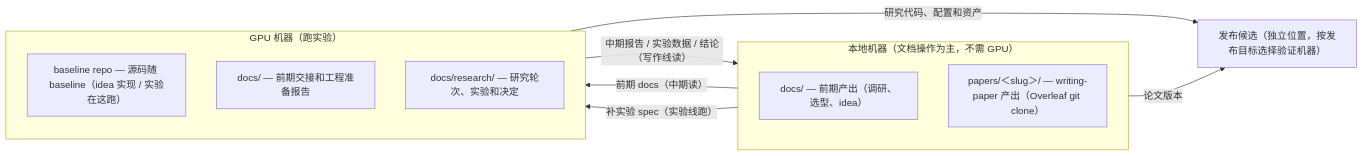
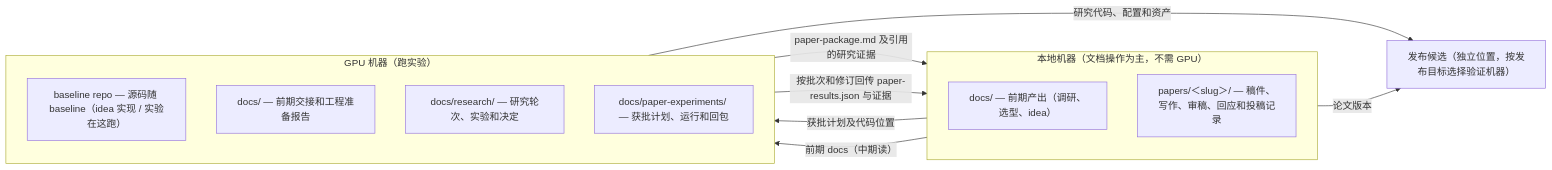
Before and after one commit to jackwang0108/dl-assistant: the second of 2 diagrams in plugins/dl-assistant/skills/dl-assistant/SKILL.md, drawn with Mermaid. The commit also changed other lines of this file and 13 other files, not shown here.

````diff
--- a/plugins/dl-assistant/skills/dl-assistant/SKILL.md
+++ b/plugins/dl-assistant/skills/dl-assistant/SKILL.md
@@ -222,21 +269,23 @@
 ```mermaid
 flowchart LR
     subgraph LOCAL["本地机器（文档操作为主，不需 GPU）"]
         direction TB
         LDOCS["docs/ — 前期产出（调研、选型、idea）"]
-        LPAPER["papers/＜slug＞/ — writing-paper 产出（Overleaf git clone）"]
+        LPAPER["papers/＜slug＞/ — 稿件、写作、审稿、回应和投稿记录"]
     end
     subgraph GPU["GPU 机器（跑实验）"]
         direction TB
         GREPO["baseline repo — 源码随 baseline（idea 实现 / 实验在这跑）"]
         GDOCS["docs/ — 前期交接和工程准备报告"]
         GRESEARCH["docs/research/ — 研究轮次、实验和决定"]
+        GEXP["docs/paper-experiments/ — 获批计划、运行和回包"]
     end
     RELDIR["发布候选（独立位置，按发布目标选择验证机器）"]
 
     LOCAL -->|"前期 docs（中期读）"| GPU
-    GPU -->|"中期报告 / 实验数据 / 结论（写作线读）"| LOCAL
-    LOCAL -->|"补实验 spec（实验线跑）"| GPU
+    GRESEARCH -->|"paper-package.md 及引用的研究证据"| LPAPER
+    LPAPER -->|"获批计划及代码位置"| GEXP
+    GEXP -->|"按批次和修订回传 paper-results.json 与证据"| LPAPER
     LPAPER -->|"论文版本"| RELDIR
     GREPO -->|"研究代码、配置和资产"| RELDIR
 ```
````
